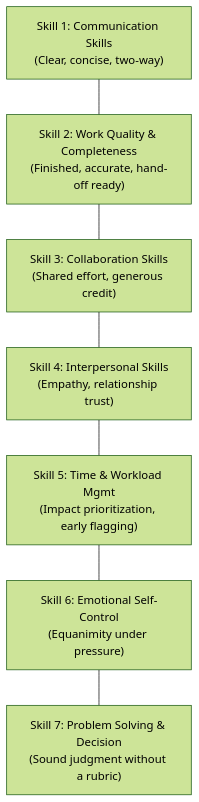
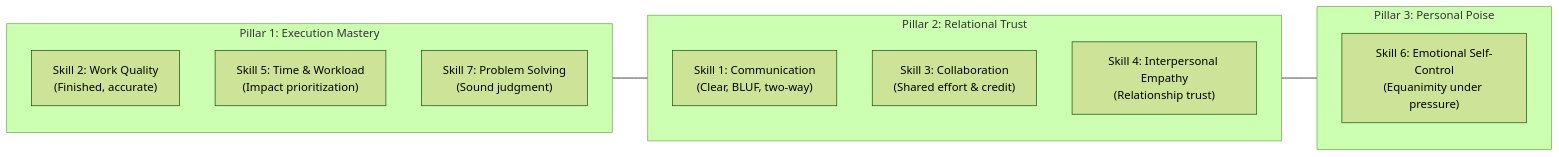
Before and after one commit to egxl/MBA: the third of 5 diagrams in content/rabuan/2026-10-14-ric-roi-impact-career.md, drawn with Mermaid (forest theme). The commit also changed other lines of this file and 317 other files, not shown here.

````diff
--- a/content/rabuan/2026-10-14-ric-roi-impact-career.md
+++ b/content/rabuan/2026-10-14-ric-roi-impact-career.md
@@ -81,13 +74,23 @@
 ```mermaid
-graph TD
-    C1["Skill 1: Communication Skills<br/>(Clear, concise, two-way)"]
-    C2["Skill 2: Work Quality & Completeness<br/>(Finished, accurate, hand-off ready)"]
-    C3["Skill 3: Collaboration Skills<br/>(Shared effort, generous credit)"]
-    C4["Skill 4: Interpersonal Skills<br/>(Empathy, relationship trust)"]
-    C5["Skill 5: Time & Workload Mgmt<br/>(Impact prioritization, early flagging)"]
-    C6["Skill 6: Emotional Self-Control<br/>(Equanimity under pressure)"]
-    C7["Skill 7: Problem Solving & Decision<br/>(Sound judgment without a rubric)"]
+flowchart LR
+    subgraph P1["Pillar 1: Execution Mastery"]
+        direction TB
+        C2["Skill 2: Work Quality<br/>(Finished, accurate)"]
+        C5["Skill 5: Time & Workload<br/>(Impact prioritization)"]
+        C7["Skill 7: Problem Solving<br/>(Sound judgment)"]
+    end
 
-    C1 --- C2 --- C3 --- C4
-    C4 --- C5 --- C6 --- C7
+    subgraph P2["Pillar 2: Relational Trust"]
+        direction TB
+        C1["Skill 1: Communication<br/>(Clear, BLUF, two-way)"]
+        C3["Skill 3: Collaboration<br/>(Shared effort & credit)"]
+        C4["Skill 4: Interpersonal Empathy<br/>(Relationship trust)"]
+    end
+
+    subgraph P3["Pillar 3: Personal Poise"]
+        direction TB
+        C6["Skill 6: Emotional Self-Control<br/>(Equanimity under pressure)"]
+    end
+
+    P1 --- P2 --- P3
 ```
````
